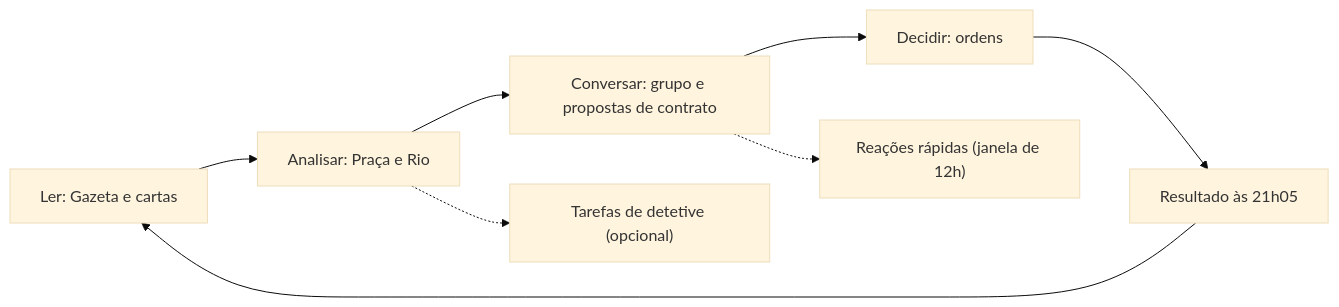
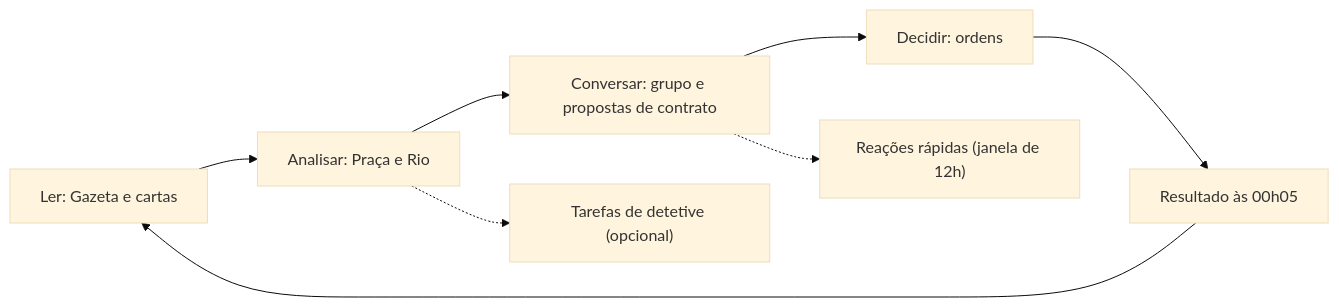
The diagram in 04-regras-e-jogabilidade.md (Erickfonseca1/ouro_branco), drawn with Mermaid (base theme) before and after one commit. The commit also changed other lines of this file and 5 other files, not shown here.

````diff
--- a/04-regras-e-jogabilidade.md
+++ b/04-regras-e-jogabilidade.md
@@ -92,10 +92,10 @@
 ```mermaid
 graph LR
     A["Ler: Gazeta e cartas"] --> B["Analisar: Praça e Rio"]
     B --> C["Conversar: grupo e propostas de contrato"]
     C --> D["Decidir: ordens"]
-    D --> E["Resultado às 21h05"]
+    D --> E["Resultado às 00h05"]
     E --> A
     B -.-> F["Tarefas de detetive (opcional)"]
     C -.-> G["Reações rápidas (janela de 12h)"]
 ```
````
